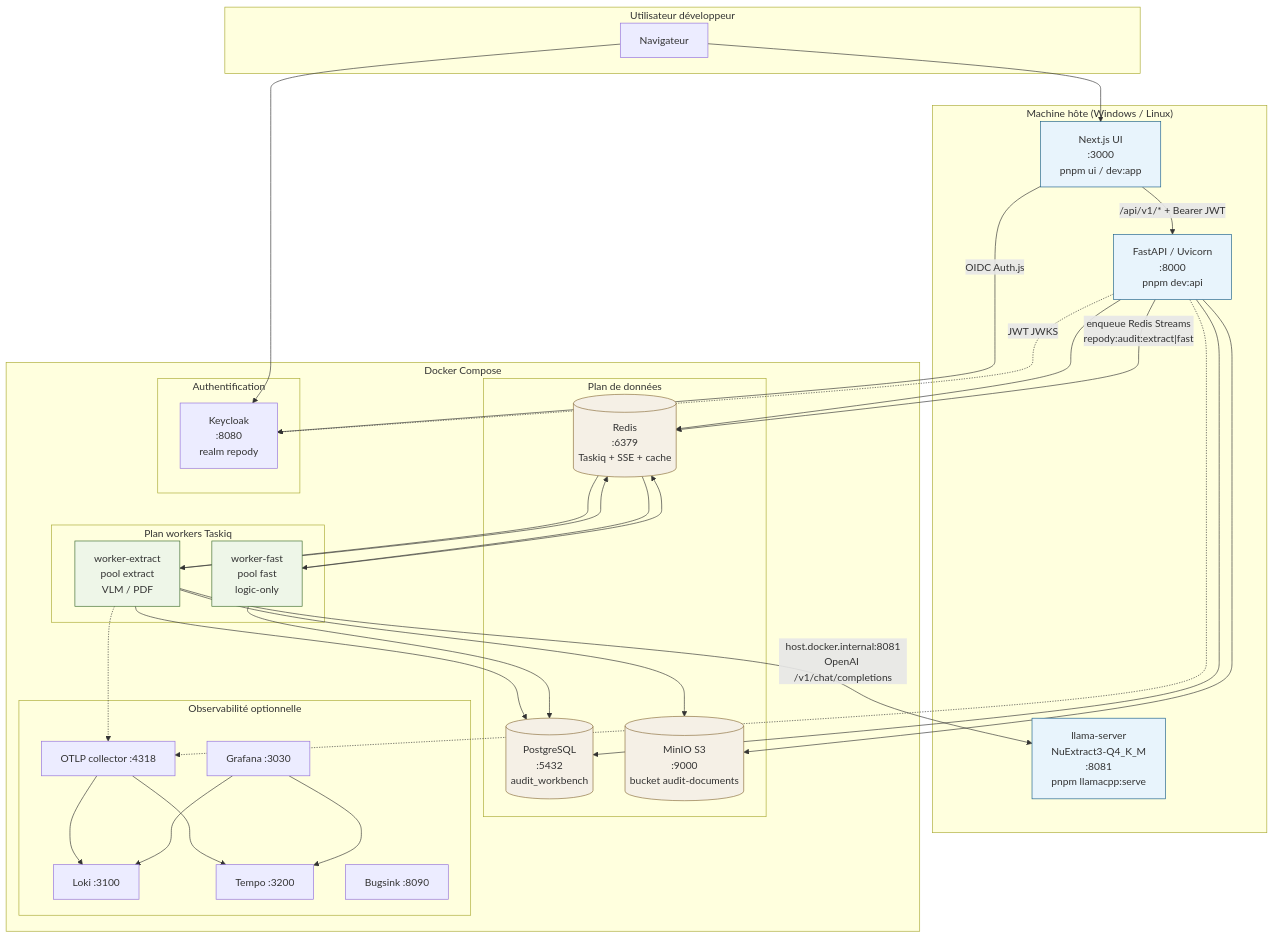
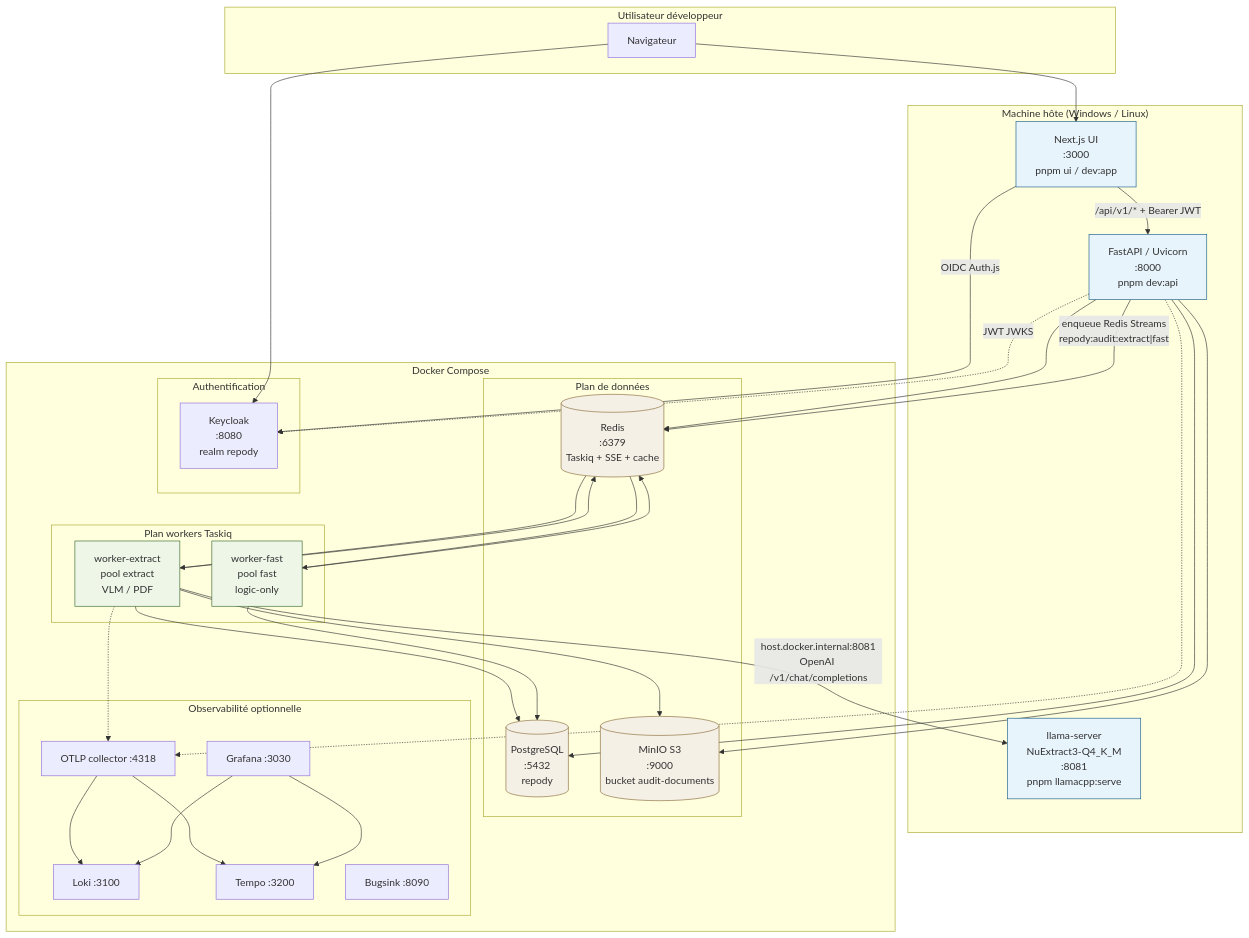
The diagram in docs/diagrams/architecture-locale.mmd (MehdiGououiad/repody), drawn with Mermaid before and after one commit. The commit also changed 532 other files, not shown here.

First line of the commit message:
refactor: rename Python package audit_workbench to repody

```diff
--- a/docs/diagrams/architecture-locale.mmd
+++ b/docs/diagrams/architecture-locale.mmd
@@ -1,70 +1,70 @@
 %% Architecture locale Repody — Docker Compose + processus hôte
 %% Éditable : Mermaid flowchart
 %% Doc : docs/deploy/LOCAL.md · CONTEXT.md
 
 flowchart TB
   subgraph Utilisateur["Utilisateur développeur"]
     Dev["Navigateur"]
   end
 
   subgraph Hote["Machine hôte (Windows / Linux)"]
     UI["Next.js UI<br/>:3000<br/>pnpm ui / dev:app"]
     API["FastAPI / Uvicorn<br/>:8000<br/>pnpm dev:api"]
     Llama["llama-server<br/>NuExtract3-Q4_K_M<br/>:8081<br/>pnpm llamacpp:serve"]
   end
 
   subgraph Compose["Docker Compose"]
     subgraph Data["Plan de données"]
-      PG[("PostgreSQL<br/>:5432<br/>audit_workbench")]
+      PG[("PostgreSQL<br/>:5432<br/>repody")]
       Redis[("Redis<br/>:6379<br/>Taskiq + SSE + cache")]
       MinIO[("MinIO S3<br/>:9000<br/>bucket audit-documents")]
     end
 
     subgraph Auth["Authentification"]
       KC["Keycloak<br/>:8080<br/>realm repody"]
     end
 
     subgraph Workers["Plan workers Taskiq"]
       WX["worker-extract<br/>pool extract<br/>VLM / PDF"]
       WF["worker-fast<br/>pool fast<br/>logic-only"]
     end
 
     subgraph Obs["Observabilité optionnelle"]
       Graf["Grafana :3030"]
       Loki["Loki :3100"]
       Tempo["Tempo :3200"]
       OTEL["OTLP collector :4318"]
       Bug["Bugsink :8090"]
     end
   end
 
   Dev --> UI
   Dev --> KC
   UI -->|"/api/v1/* + Bearer JWT"| API
   UI -->|"OIDC Auth.js"| KC
   API --> PG
   API --> Redis
   API --> MinIO
   API -->|"enqueue Redis Streams<br/>repody:audit:extract|fast"| Redis
   Redis --> WX
   Redis --> WF
   WX --> PG
   WX --> Redis
   WX --> MinIO
   WX -->|"host.docker.internal:8081<br/>OpenAI /v1/chat/completions"| Llama
   WF --> PG
   WF --> Redis
   API -.->|"JWT JWKS"| KC
   API -.-> OTEL
   WX -.-> OTEL
   OTEL --> Tempo
   OTEL --> Loki
   Graf --> Loki
   Graf --> Tempo
 
   classDef host fill:#e8f4fc,stroke:#1a5f8a
   classDef data fill:#f5f0e6,stroke:#8a6d3b
   classDef work fill:#eef6e8,stroke:#3d6b2f
   class UI,API,Llama host
   class PG,Redis,MinIO data
   class WX,WF work
```
